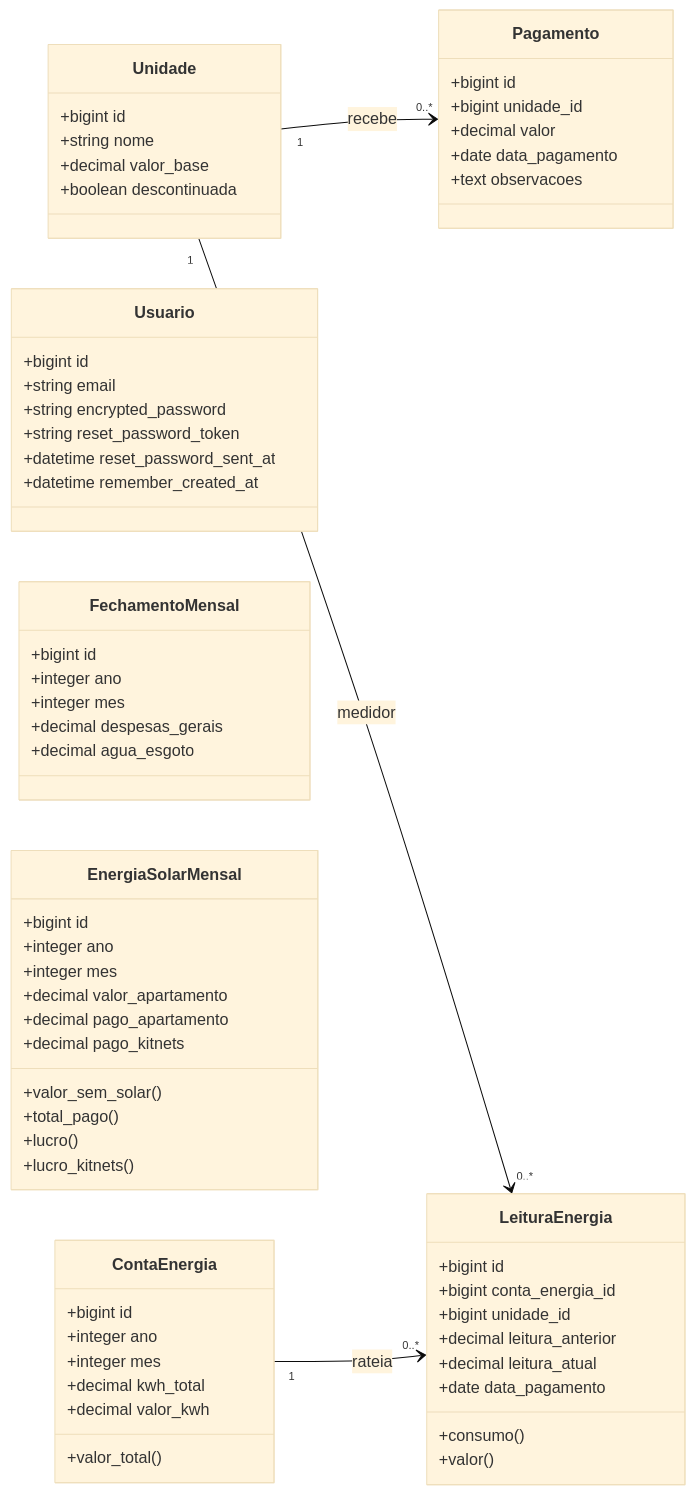
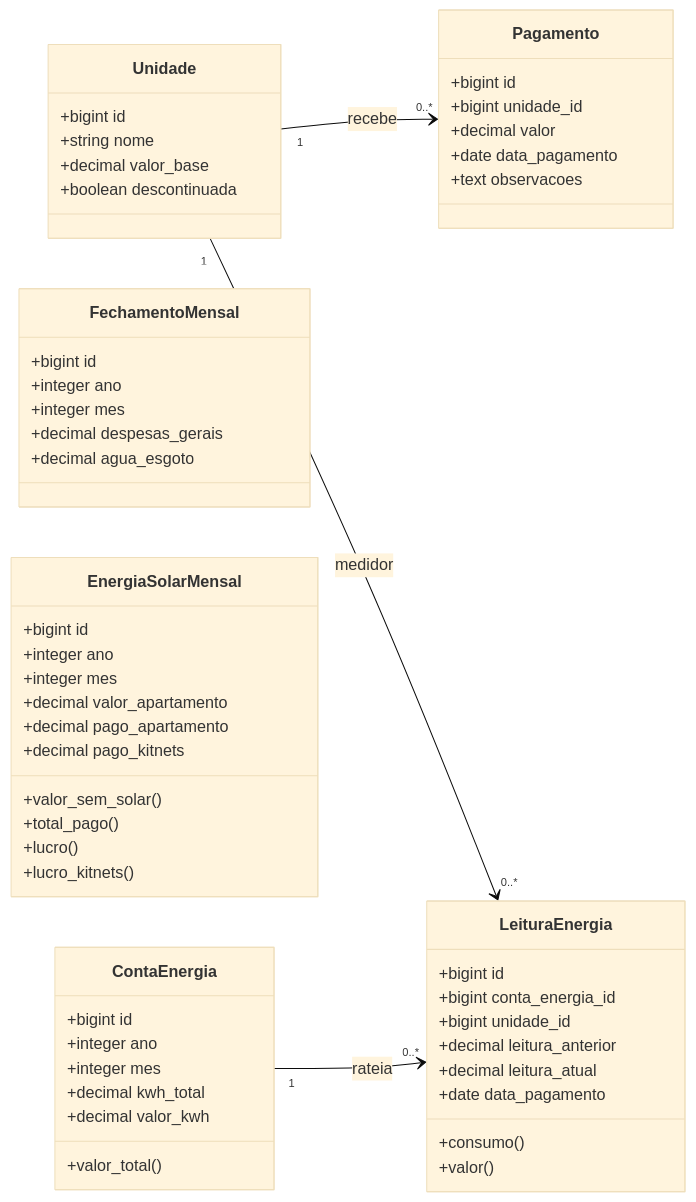
Before and after one commit to keandro/kitnet: the diagram in README.md, drawn with Mermaid (base theme). The commit also changed other lines of this file and 32 other files, not shown here.

````diff
--- a/README.md
+++ b/README.md
@@ -49,73 +45,64 @@
 ```mermaid
 classDiagram
     direction LR
 
     class Unidade {
         +bigint id
         +string nome
         +decimal valor_base
         +boolean descontinuada
     }
 
     class Pagamento {
         +bigint id
         +bigint unidade_id
         +decimal valor
         +date data_pagamento
         +text observacoes
-    }
-
-    class Usuario {
-        +bigint id
-        +string email
-        +string encrypted_password
-        +string reset_password_token
-        +datetime reset_password_sent_at
-        +datetime remember_created_at
     }
 
     class FechamentoMensal {
         +bigint id
         +integer ano
         +integer mes
         +decimal despesas_gerais
         +decimal agua_esgoto
     }
 
     class EnergiaSolarMensal {
         +bigint id
         +integer ano
         +integer mes
         +decimal valor_apartamento
         +decimal pago_apartamento
         +decimal pago_kitnets
         +valor_sem_solar()
         +total_pago()
         +lucro()
         +lucro_kitnets()
     }
 
     class ContaEnergia {
         +bigint id
         +integer ano
         +integer mes
         +decimal kwh_total
         +decimal valor_kwh
         +valor_total()
     }
 
     class LeituraEnergia {
         +bigint id
         +bigint conta_energia_id
         +bigint unidade_id
         +decimal leitura_anterior
         +decimal leitura_atual
         +date data_pagamento
         +consumo()
         +valor()
     }
 
     Unidade "1" --> "0..*" Pagamento : recebe
     ContaEnergia "1" --> "0..*" LeituraEnergia : rateia
     Unidade "1" --> "0..*" LeituraEnergia : medidor
 ```
````
